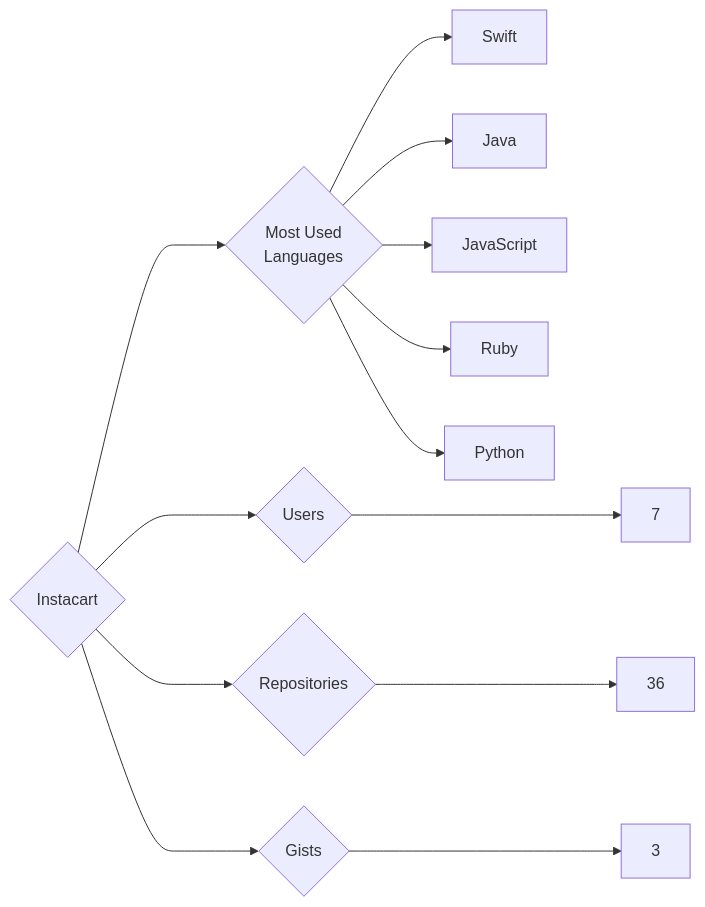
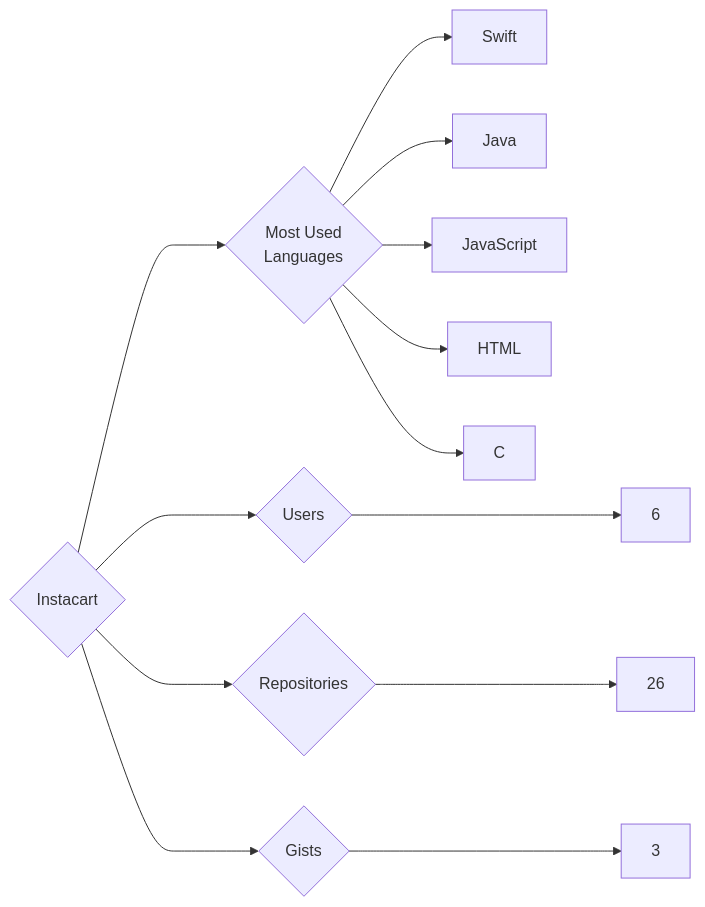
Before and after one commit to trickest/insiders: the diagram in targets/Instacart/README.md, drawn with Mermaid. The commit also changed 1149 other files, not shown here.

````diff
--- a/targets/Instacart/README.md
+++ b/targets/Instacart/README.md
@@ -3,13 +3,13 @@
 ```mermaid
 graph LR
 COMPANY_NAME{Instacart}
-COMPANY_NAME ---> U{Users} ---> UN[7]
-COMPANY_NAME ---> R{Repositories} ---> RN[36]
+COMPANY_NAME ---> U{Users} ---> UN[6]
+COMPANY_NAME ---> R{Repositories} ---> RN[26]
 COMPANY_NAME ---> G{Gists} ---> GN[3]
 COMPANY_NAME ---> ML{Most Used<br>Languages}
 ML --> Swift[Swift]
 ML --> Java[Java]
 ML --> JavaScript[JavaScript]
-ML --> Ruby[Ruby]
-ML --> Python[Python]
+ML --> HTML[HTML]
+ML --> C[C]
 ```
````
